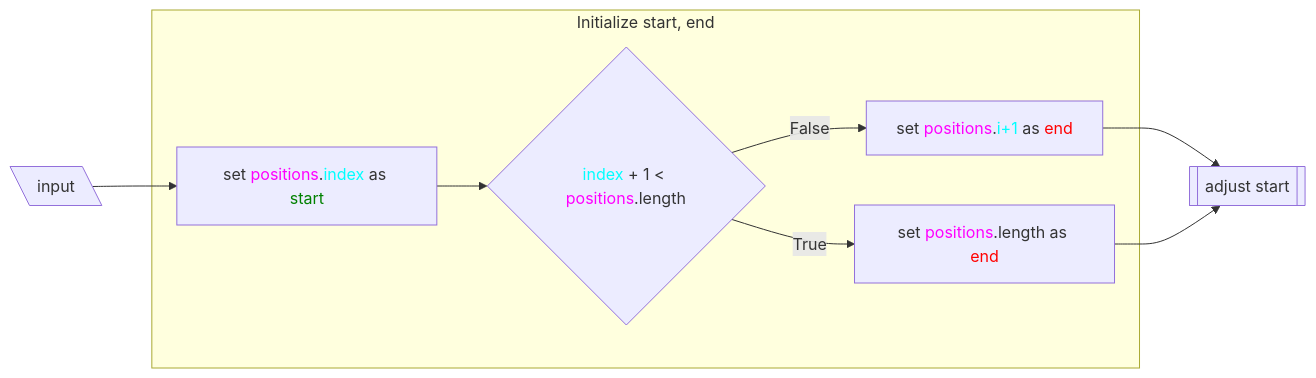
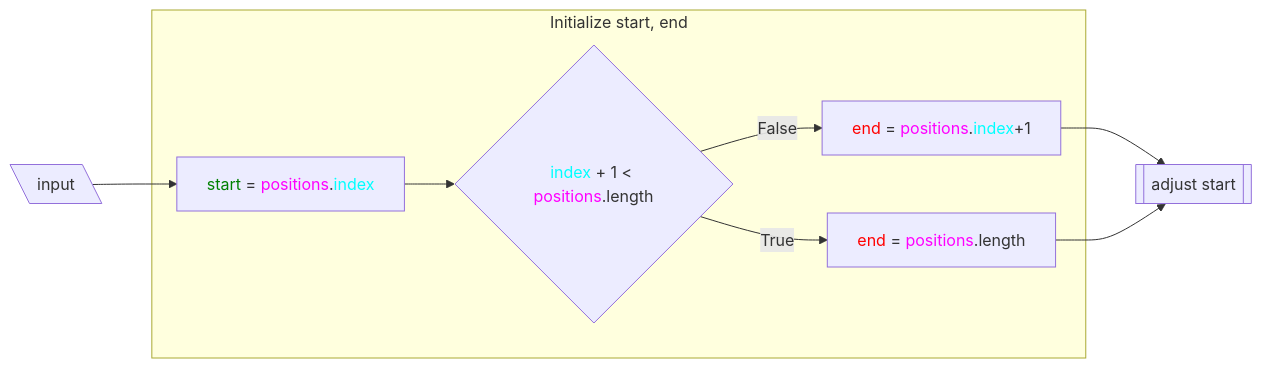
Before and after one commit to 7s4e/p3: the eighth of 16 diagrams in scripts/table/design.md, drawn with Mermaid. The commit also changed other lines of this file, not shown here.

````diff
--- a/scripts/table/design.md
+++ b/scripts/table/design.md
@@ -226,17 +227,23 @@
 ```mermaid
 flowchart LR
     INP[\input\]
         INP --> SST
     subgraph init [Initialize start, end]
-        SST["set <span style='color:magenta;'>positions</span>.<span style='color:cyan;'>index</span> as <span style='color:green;'>start</span>"]
+        SST["<span style='color:green;'>start</span> = <span style=
+                 'color:magenta;'>positions</span>.<span style='color:cyan;'
+                 >index</span>"]
             SST --> LST
-        LST{"<span style='color:cyan;'>index</span> + 1 < <span style='color:magenta;'>positions</span>.length"}
+        LST{"<span style='color:cyan;'>index</span> + 1 < <span style=
+                 'color:magenta;'>positions</span>.length"}
             LST -- False --> SE1
             LST -- True  --> SE2
-        SE1["set <span style='color:magenta;'>positions</span>.<span style='color:cyan;'>i+1</span> as <span style='color:red;'>end</span>"]
-        SE2["set <span style='color:magenta;'>positions</span>.length as <span style='color:red;'>end</span>"]
+        SE1["<span style='color:red;'>end</span> = <span style=
+                 'color:magenta;'>positions</span>.<span style='color:cyan;'
+                 >index</span>+1"]
+        SE2["<span style='color:red;'>end</span> = <span style=
+                 'color:magenta;'>positions</span>.length"]
     end
     AJS[[adjust start]]
         SE1 --> AJS
         SE2 --> AJS
 ```
````
